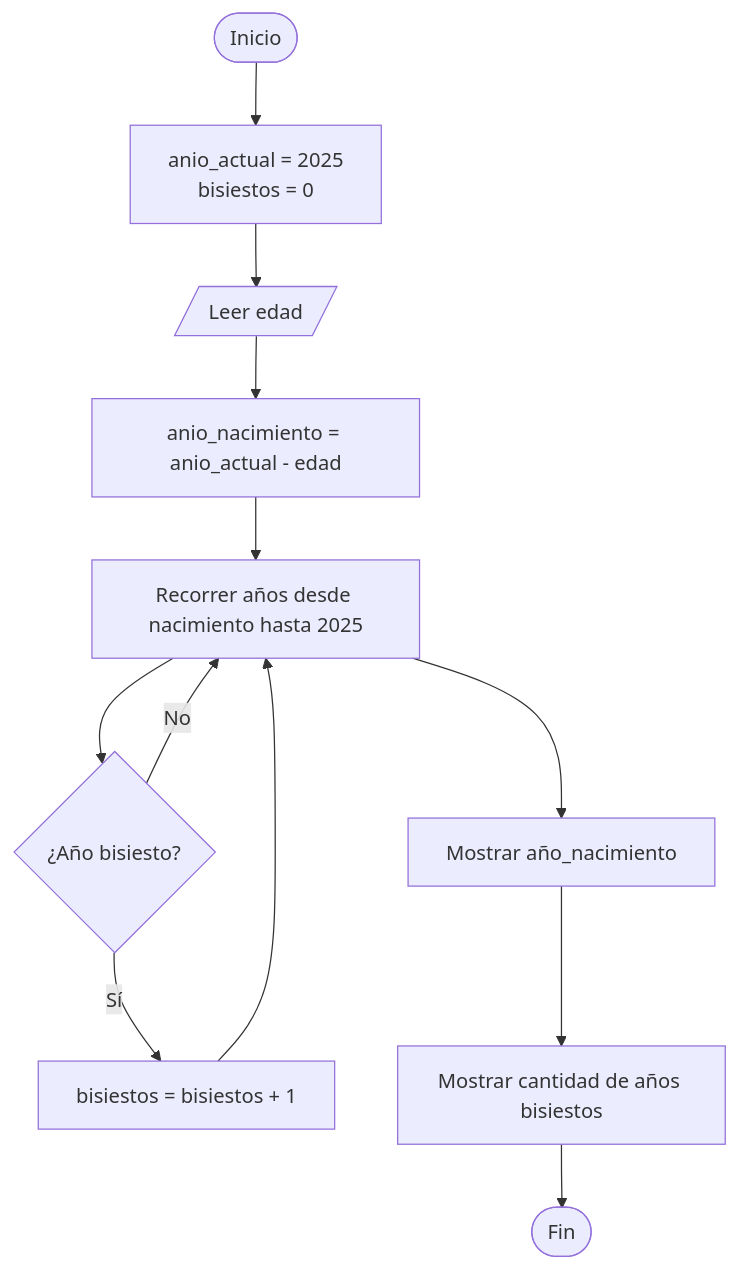
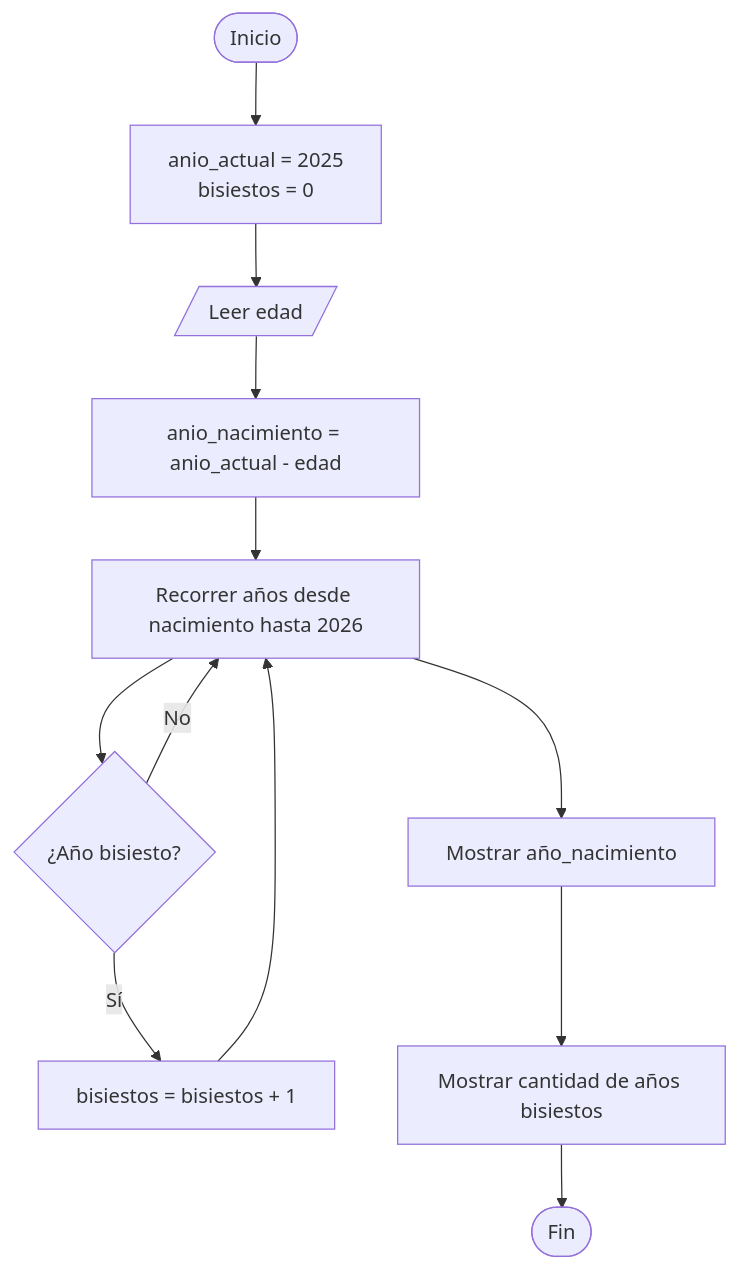
Before and after one commit to Abel-DB/Algoritmos-programacion: the diagram in Ejercicios/03-anio_bisiesto.md, drawn with Mermaid. The commit also changed other lines of this file, not shown here.

````diff
--- a/Ejercicios/03-anio_bisiesto.md
+++ b/Ejercicios/03-anio_bisiesto.md
@@ -180,39 +180,39 @@
 ```mermaid
 flowchart TD
 
     A([Inicio])
 
     B[anio_actual = 2025<br/>bisiestos = 0]
 
     C[/Leer edad/]
 
     D[anio_nacimiento = anio_actual - edad]
 
-    E[Recorrer años desde nacimiento hasta 2025]
+    E[Recorrer años desde nacimiento hasta 2026]
 
     F{"¿Año bisiesto?"}
 
     G[bisiestos = bisiestos + 1]
 
     H[Mostrar año_nacimiento]
 
     I[Mostrar cantidad de años bisiestos]
 
     J([Fin])
 
     A --> B
     B --> C
     C --> D
     D --> E
 
     E --> F
 
     F -->|Sí| G
     F -->|No| E
 
     G --> E
 
     E --> H
     H --> I
     I --> J
 ```
````
